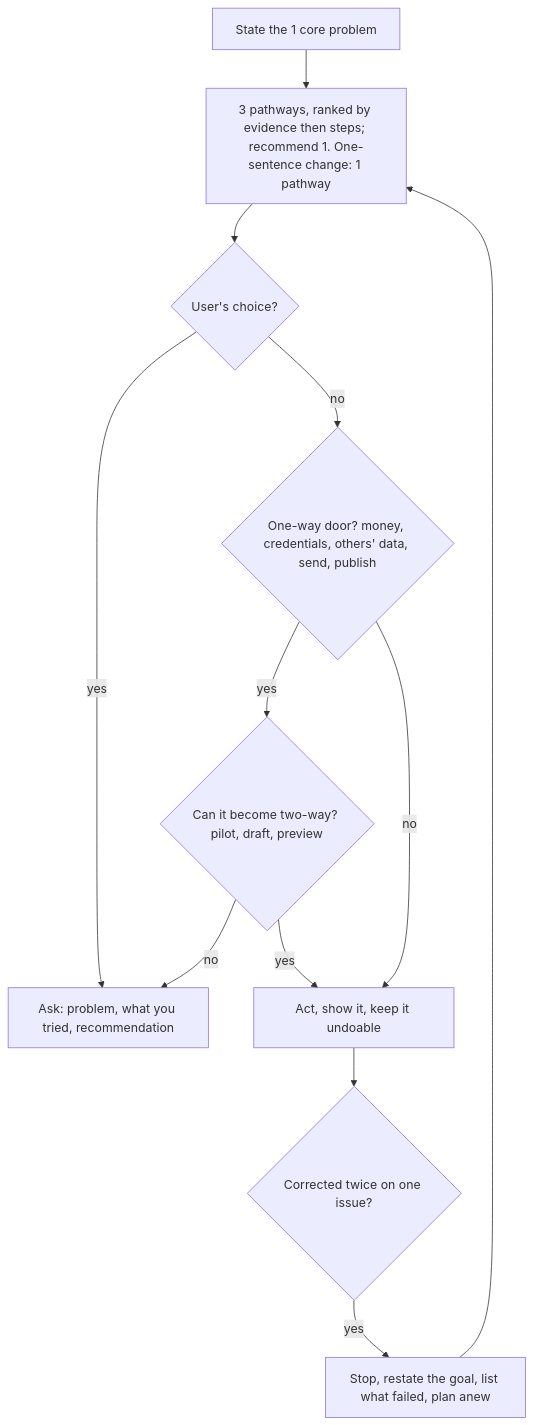
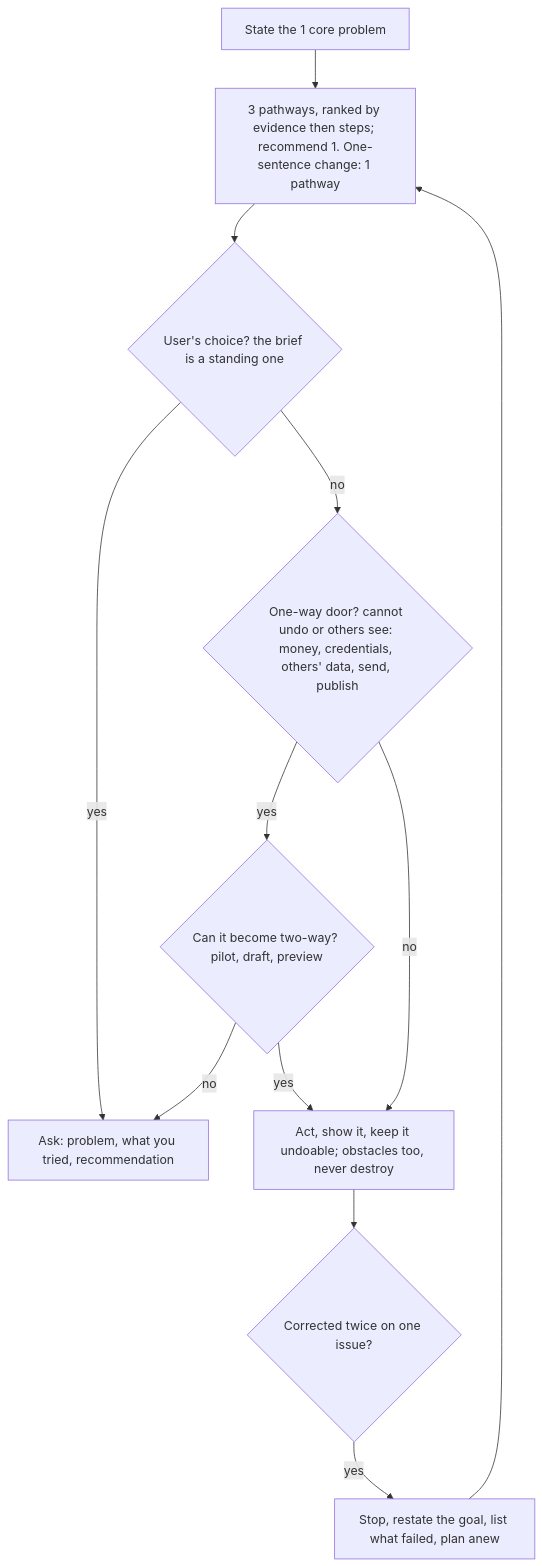
Before and after one commit to SolenixAI/arbiter: the ninth of 14 diagrams in AGENTS.md, drawn with Mermaid. The commit also changed other lines of this file, not shown here.

Commit message:
docs(agents): section 8 keeps the obstacle rule, the one-way definition and the brief

````diff
--- a/AGENTS.md
+++ b/AGENTS.md
@@ -356,13 +358,13 @@
 ```mermaid
 flowchart TD
   P1["State the 1 core problem"] --> T["3 pathways, ranked by evidence then steps; recommend 1. One-sentence change: 1 pathway"]
-  T --> Q{User's choice?}
+  T --> Q{"User's choice? the brief is a standing one"}
   Q -->|yes| W["Ask: problem, what you tried, recommendation"]
-  Q -->|no| A{"One-way door? money, credentials, others' data, send, publish"}
+  Q -->|no| A{"One-way door? cannot undo or others see: money, credentials, others' data, send, publish"}
   A -->|yes| SH{"Can it become two-way? pilot, draft, preview"}
   SH -->|yes| X
   SH -->|no| W
-  A -->|no| X["Act, show it, keep it undoable"]
+  A -->|no| X["Act, show it, keep it undoable; obstacles too, never destroy"]
   X --> K{Corrected twice on one issue?}
   K -->|yes| Z["Stop, restate the goal, list what failed, plan anew"] --> T
 ```
````
